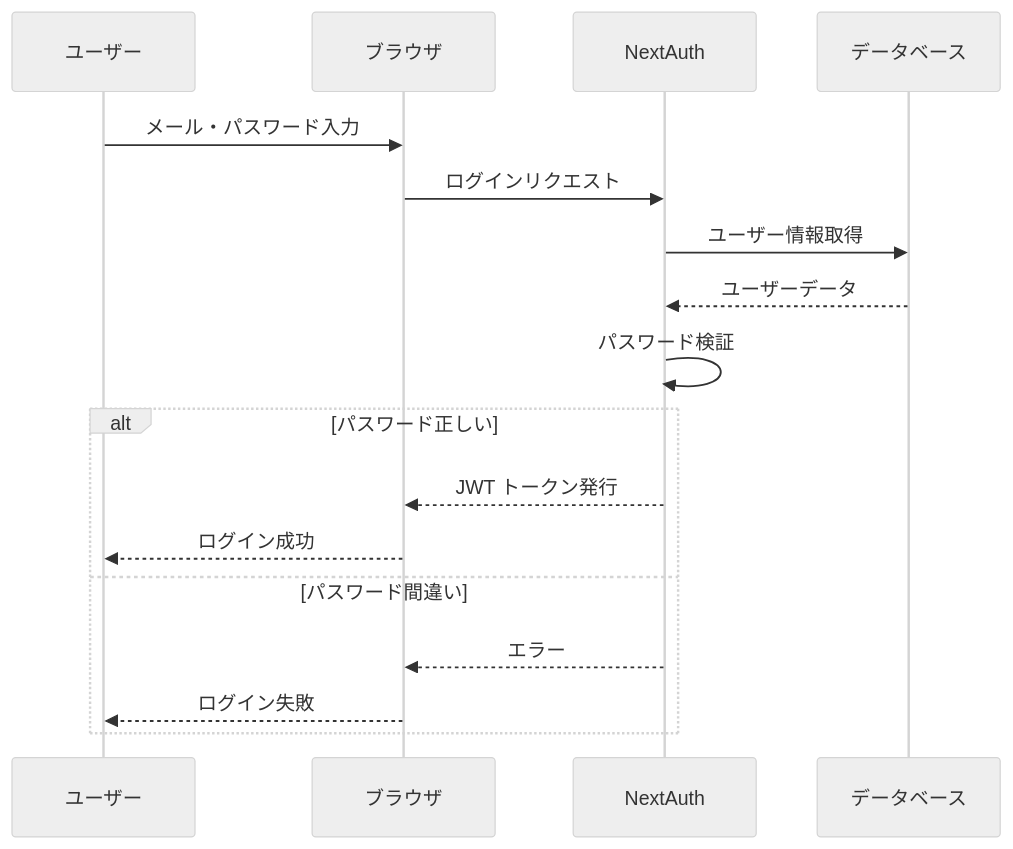
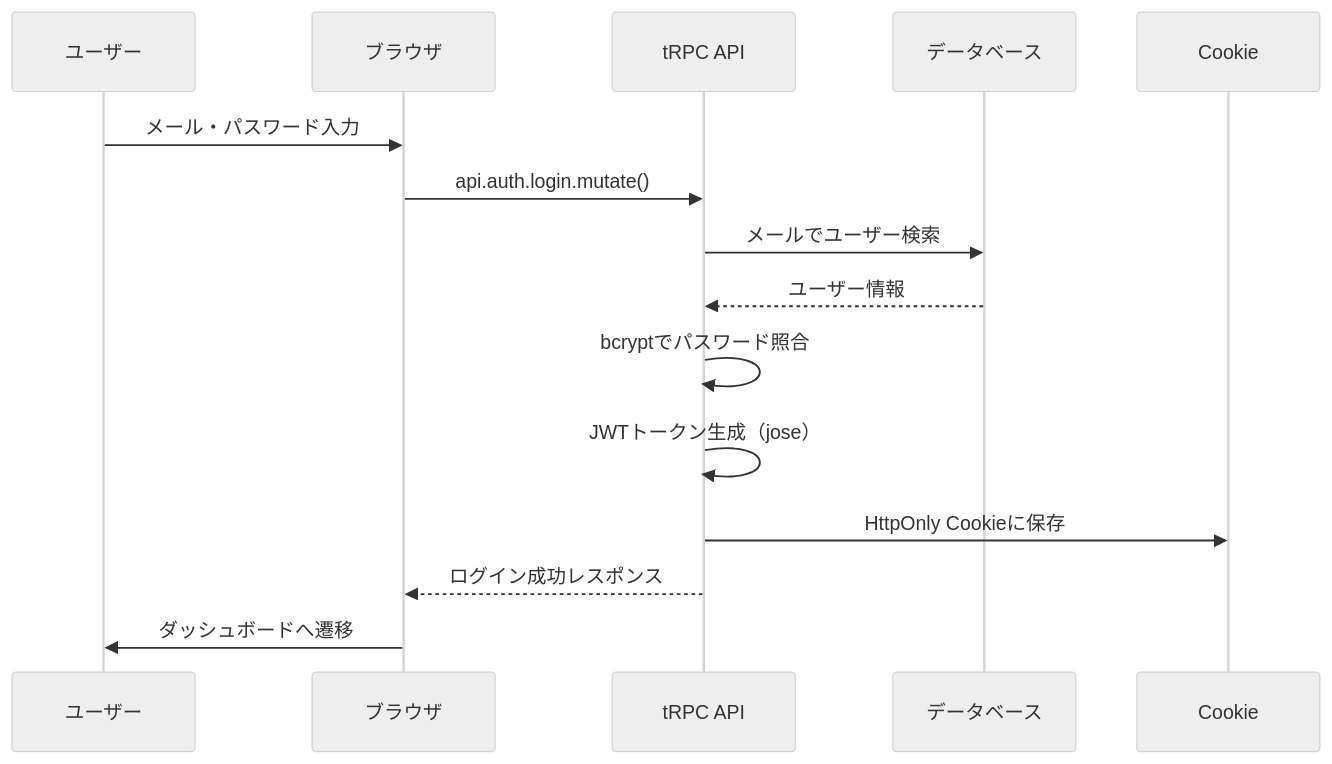
The diagram in material/30days-curriculum/day07_ログイン処理.md (kouiso/task-app), drawn with Mermaid (neutral theme) before and after one commit. The commit also changed other lines of this file and 36 other files, not shown here.

````diff
--- a/material/30days-curriculum/day07_ログイン処理.md
+++ b/material/30days-curriculum/day07_ログイン処理.md
@@ -17,20 +17,18 @@
 ```mermaid
 sequenceDiagram
     participant U as ユーザー
     participant B as ブラウザ
-    participant N as NextAuth
+    participant T as tRPC API
     participant D as データベース
+    participant C as Cookie
 
     U->>B: メール・パスワード入力
-    B->>N: ログインリクエスト
-    N->>D: ユーザー情報取得
-    D-->>N: ユーザーデータ
-    N->>N: パスワード検証
-    alt パスワード正しい
-        N-->>B: JWT トークン発行
-        B-->>U: ログイン成功
-    else パスワード間違い
-        N-->>B: エラー
-        B-->>U: ログイン失敗
-    end
+    B->>T: api.auth.login.mutate()
+    T->>D: メールでユーザー検索
+    D-->>T: ユーザー情報
+    T->>T: bcryptでパスワード照合
+    T->>T: JWTトークン生成（jose）
+    T->>C: HttpOnly Cookieに保存
+    T-->>B: ログイン成功レスポンス
+    B->>U: ダッシュボードへ遷移
 ```
````
